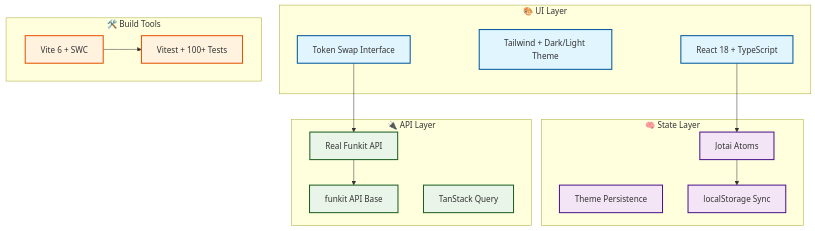
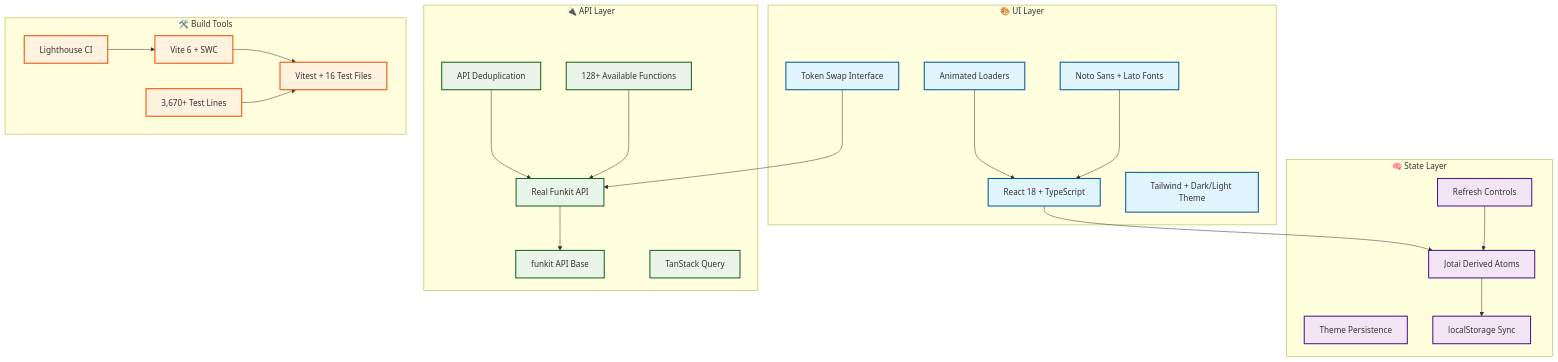
The diagram in README.md (cheshirecode/test-funxyz-tryout), drawn with Mermaid before and after one commit. The commit also changed other lines of this file and 2 other files, not shown here.

````diff
--- a/README.md
+++ b/README.md
@@ -21,41 +21,55 @@
 ```mermaid
 flowchart TB
     subgraph "🎨 UI Layer"
         A[React 18 + TypeScript]
         B[Tailwind + Dark/Light Theme]
         C[Token Swap Interface]
+        L[Animated Loaders]
+        M[Noto Sans + Lato Fonts]
     end
 
     subgraph "🧠 State Layer"
-        D[Jotai Atoms]
+        D[Jotai Derived Atoms]
         E[Theme Persistence]
         F[localStorage Sync]
+        N[Refresh Controls]
     end
 
     subgraph "🔌 API Layer"
         G[Real Funkit API]
         H[funkit API Base]
         I[TanStack Query]
+        O[API Deduplication]
+        P[128+ Available Functions]
     end
 
     subgraph "🛠️ Build Tools"
         J[Vite 6 + SWC]
-        K[Vitest + 100+ Tests]
+        K[Vitest + 16 Test Files]
+        Q[Lighthouse CI]
+        R[3,670+ Test Lines]
     end
 
     A --> D
     D --> F
     C --> G
     G --> H
     J --> K
+    L --> A
+    M --> A
+    N --> D
+    O --> G
+    P --> G
+    Q --> J
+    R --> K
 
     classDef ui fill:#e1f5fe,stroke:#01579b,stroke-width:2px
     classDef state fill:#f3e5f5,stroke:#4a148c,stroke-width:2px
     classDef api fill:#e8f5e8,stroke:#1b5e20,stroke-width:2px
     classDef build fill:#fff3e0,stroke:#e65100,stroke-width:2px
 
-    class A,B,C ui
-    class D,E,F state
-    class G,H,I api
-    class J,K build
+    class A,B,C,L,M ui
+    class D,E,F,N state
+    class G,H,I,O,P api
+    class J,K,Q,R build
 ```
````
